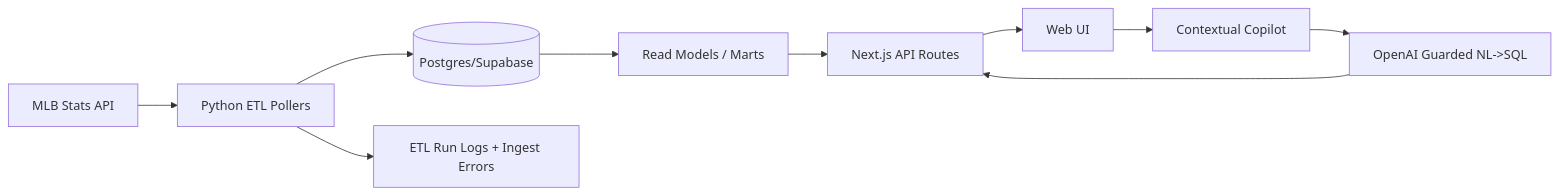
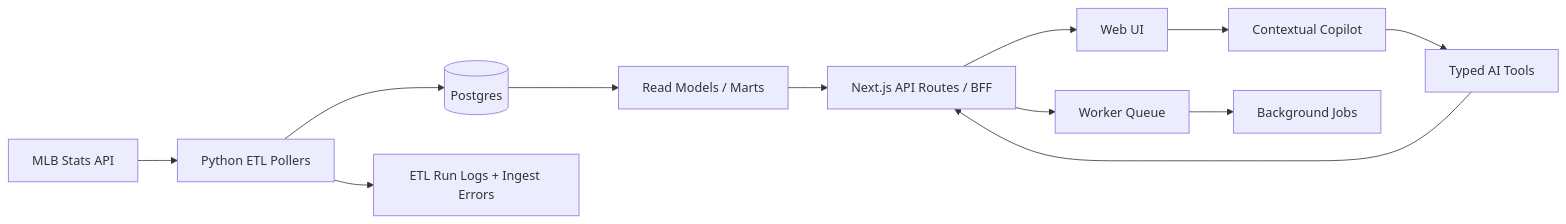
Before and after one commit to ColbyRReichenbach/abs-observatory: the diagram in docs/launch/architecture-diagram.md, drawn with Mermaid. The commit also changed other lines of this file and 223 other files, not shown here.

````diff
--- a/docs/launch/architecture-diagram.md
+++ b/docs/launch/architecture-diagram.md
@@ -3,12 +3,14 @@
 ```mermaid
 flowchart LR
   A[MLB Stats API] --> B[Python ETL Pollers]
-  B --> C[(Postgres/Supabase)]
+  B --> C[(Postgres)]
   C --> D[Read Models / Marts]
-  D --> E[Next.js API Routes]
+  D --> E[Next.js API Routes / BFF]
   E --> F[Web UI]
   F --> G[Contextual Copilot]
-  G --> H[OpenAI Guarded NL->SQL]
+  G --> H[Typed AI Tools]
   H --> E
+  E --> J[Worker Queue]
+  J --> K[Background Jobs]
   B --> I[ETL Run Logs + Ingest Errors]
 ```
````
